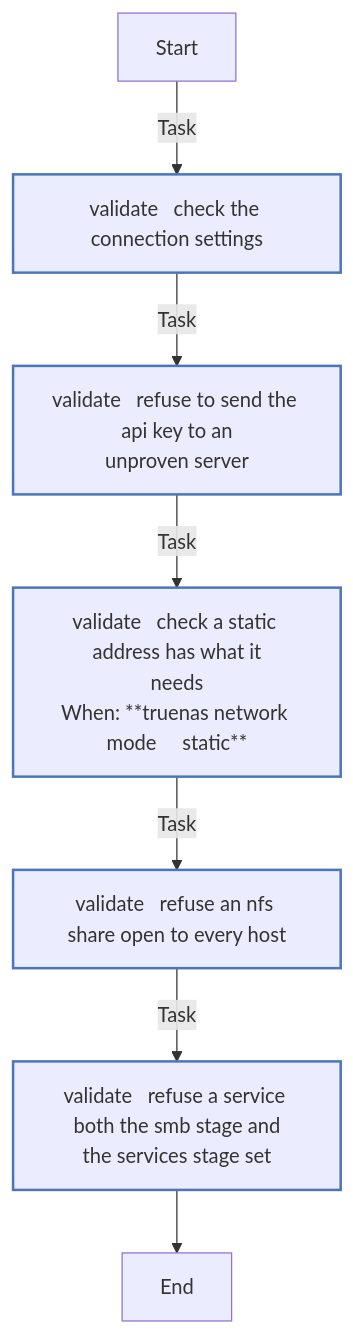
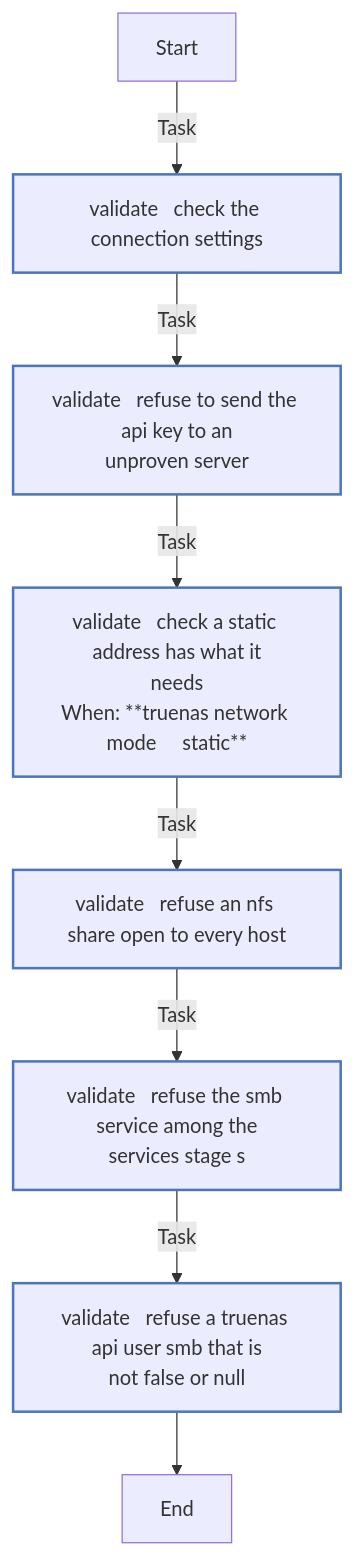
Diagram 13 of 13 in roles/truenas/REFERENCE.md (kawadeomkar/homeserver), drawn with Mermaid before and after one commit. The commit also changed other lines of this file and 14 other files, not shown here.

````diff
--- a/roles/truenas/REFERENCE.md
+++ b/roles/truenas/REFERENCE.md
@@ -1083,19 +1089,20 @@
 ```mermaid
 flowchart TD
 Start
 classDef block stroke:#3498db,stroke-width:2px;
 classDef task stroke:#4b76bb,stroke-width:2px;
 classDef includeTasks stroke:#16a085,stroke-width:2px;
 classDef importTasks stroke:#34495e,stroke-width:2px;
 classDef includeRole stroke:#2980b9,stroke-width:2px;
 classDef importRole stroke:#699ba7,stroke-width:2px;
 classDef includeVars stroke:#8e44ad,stroke-width:2px;
 classDef rescue stroke:#665352,stroke-width:2px;
 
   Start-->|Task| validate___Check_the_connection_settings0[validate   check the connection settings]:::task
   validate___Check_the_connection_settings0-->|Task| validate___Refuse_to_send_the_API_key_to_an_unproven_server1[validate   refuse to send the api key to an<br>unproven server]:::task
   validate___Refuse_to_send_the_API_key_to_an_unproven_server1-->|Task| validate___Check_a_static_address_has_what_it_needs2[validate   check a static address has what it<br>needs<br>When: **truenas network mode     static**]:::task
   validate___Check_a_static_address_has_what_it_needs2-->|Task| validate___Refuse_an_NFS_share_open_to_every_host3[validate   refuse an nfs share open to every host]:::task
-  validate___Refuse_an_NFS_share_open_to_every_host3-->|Task| validate___Refuse_a_service_both_the_SMB_stage_and_the_services_stage_set4[validate   refuse a service both the smb stage and<br>the services stage set]:::task
-  validate___Refuse_a_service_both_the_SMB_stage_and_the_services_stage_set4-->End
+  validate___Refuse_an_NFS_share_open_to_every_host3-->|Task| validate___Refuse_the_SMB_service_among_the_services_stage_s4[validate   refuse the smb service among the<br>services stage s]:::task
+  validate___Refuse_the_SMB_service_among_the_services_stage_s4-->|Task| validate___Refuse_a_truenas_api_user_smb_that_is_not_false_or_null5[validate   refuse a truenas api user smb that is<br>not false or null]:::task
+  validate___Refuse_a_truenas_api_user_smb_that_is_not_false_or_null5-->End
 ```
````
